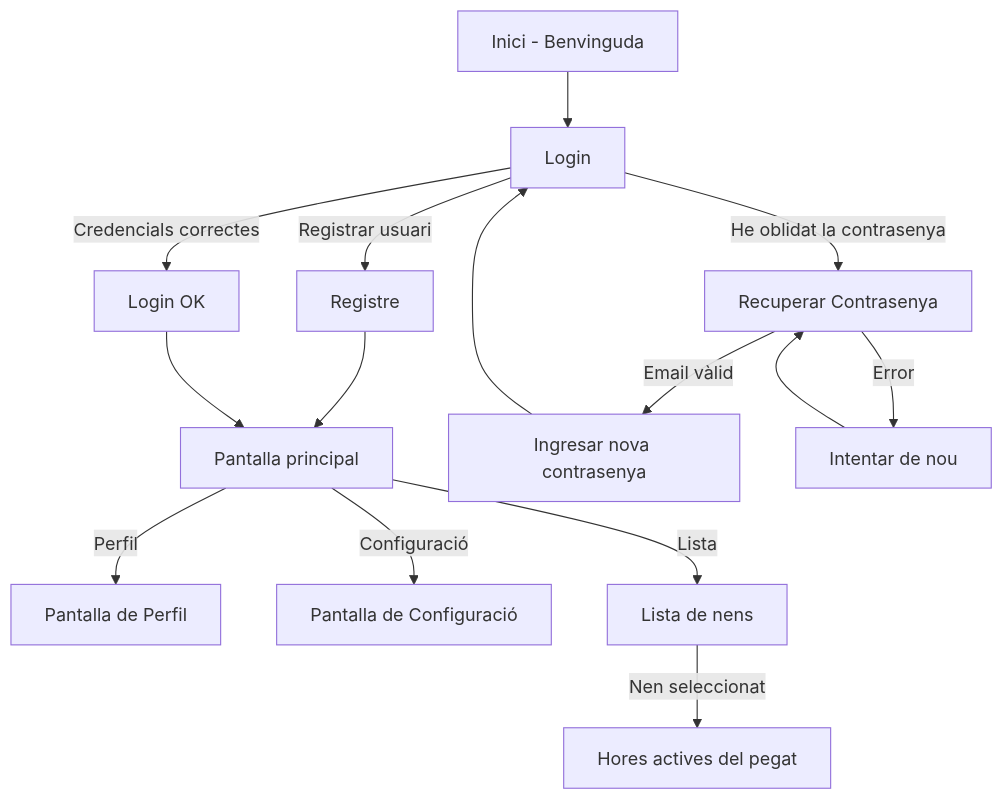
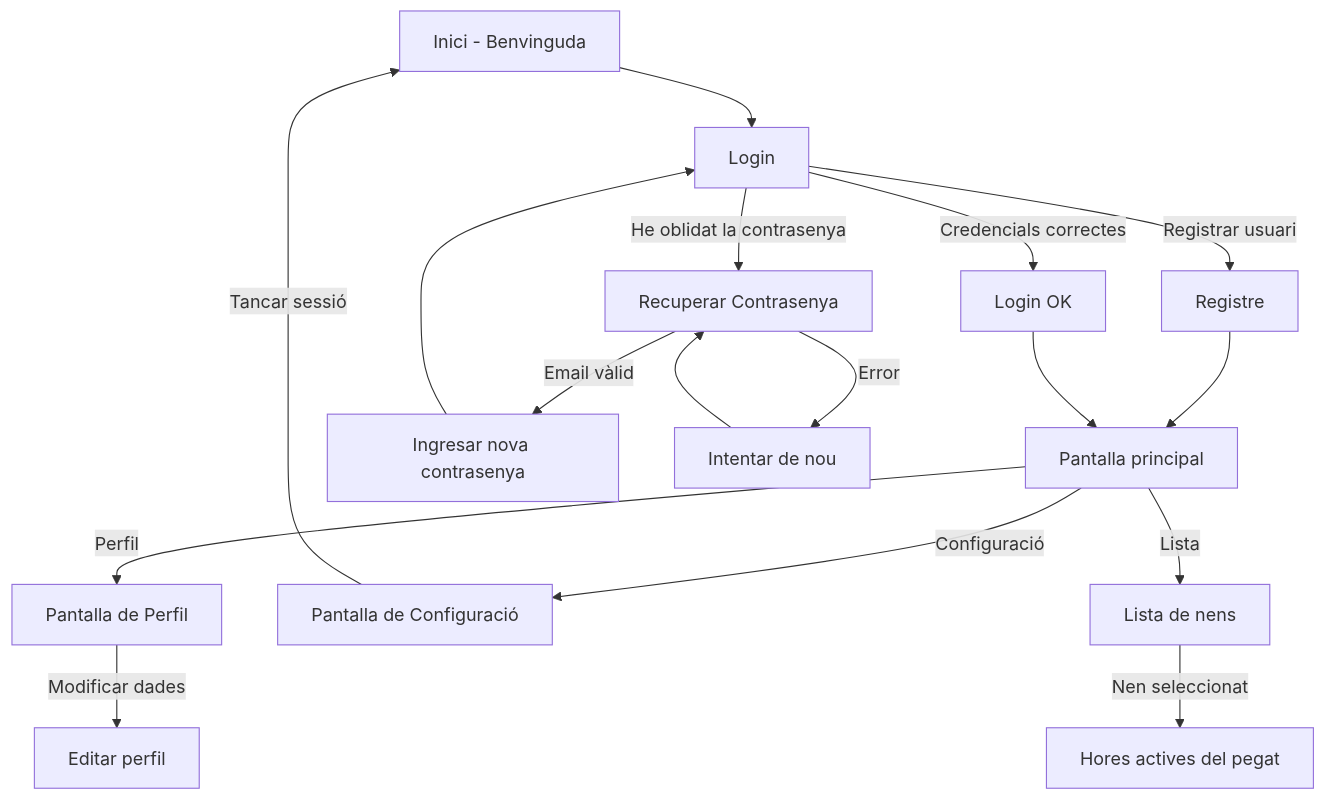
One commit to dmontes901/TapatApp changed the diagram in charts/diagramaNavegacio.mmd. Above: the diagram before and after it, drawn with Mermaid.

```diff
--- a/charts/diagramaNavegacio.mmd
+++ b/charts/diagramaNavegacio.mmd
@@ -1,16 +1,18 @@
 flowchart TD;
     A["Inici - Benvinguda"] --> B["Login"];
     B -->|Registrar usuari| C["Registre"];
     C --> E["Pantalla principal"];
     B -->|Credencials correctes| D["Login OK "];
 
     
     D --> E["Pantalla principal"];
     E -->|Perfil| F["Pantalla de Perfil"];
+    F -->|Modificar dades|L["Editar perfil"];
     E -->|Configuració| G["Pantalla de Configuració"];
+    G -->|Tancar sessió|A
     E -->|Lista|J["Lista de nens"];
     J -->|Nen seleccionat|K["Hores actives del pegat"];
     
     B -->|He oblidat la contrasenya| H["Recuperar Contrasenya"];
     H -->|Email vàlid| I["Ingresar nova contrasenya"] --> B;
     H -->|Error| H1["Intentar de nou"] --> H;
```
